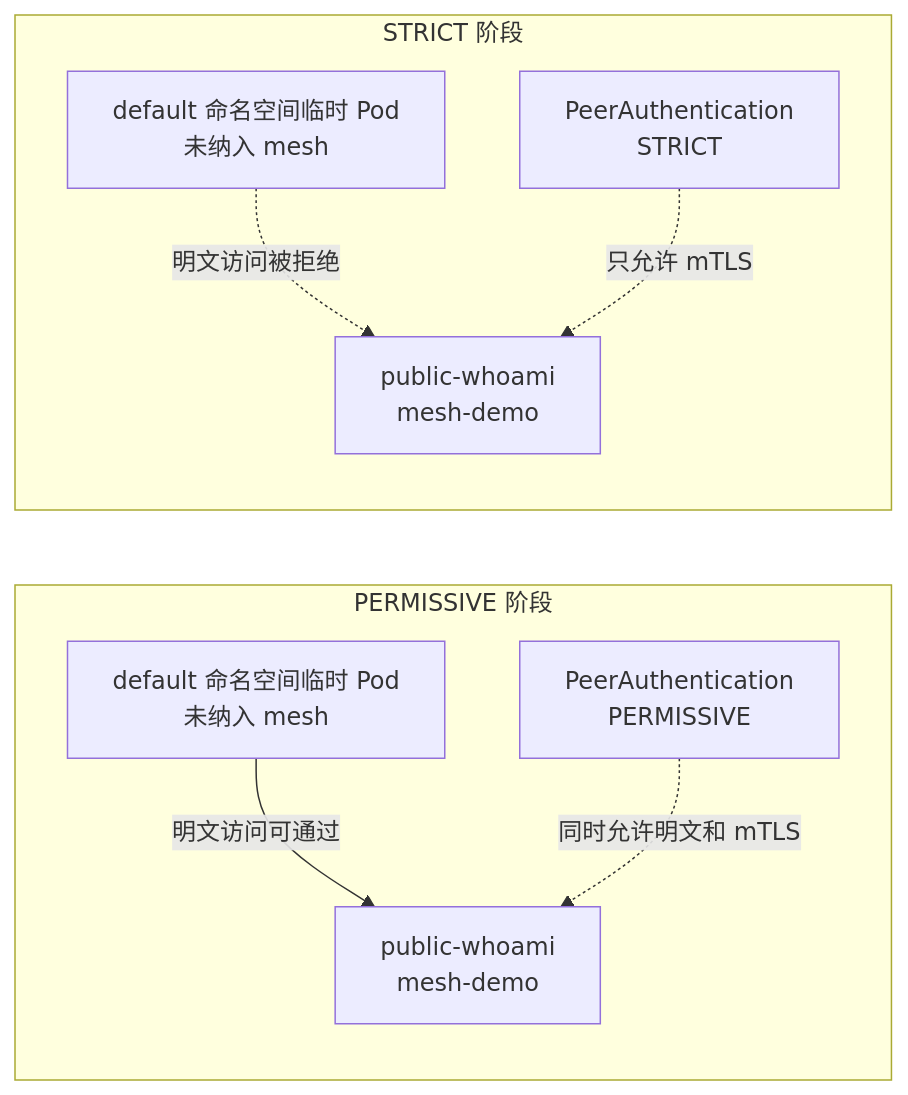
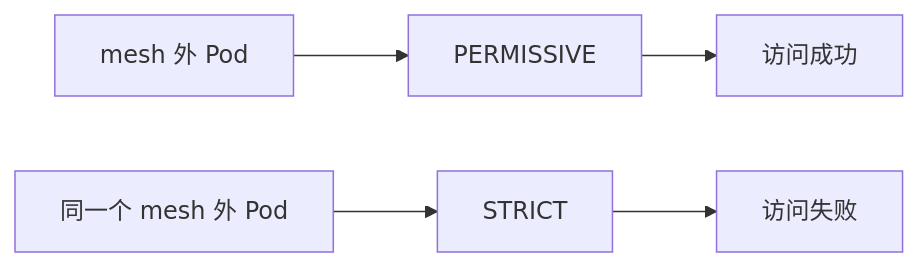
Before and after one commit to hwang-protocol/docker_k8s_2026: the sixth of 7 diagrams in k8s/05-security-and-zero-trust/docs/05_enable_jwt_and_mesh_security.md, drawn with Mermaid. The commit also changed other lines of this file and 1 other file, not shown here.

````diff
--- a/k8s/05-security-and-zero-trust/docs/05_enable_jwt_and_mesh_security.md
+++ b/k8s/05-security-and-zero-trust/docs/05_enable_jwt_and_mesh_security.md
@@ -995,18 +661,7 @@
 ```mermaid
 flowchart LR
-    subgraph permissive[PERMISSIVE 阶段]
-        ext1[default 命名空间临时 Pod<br/>未纳入 mesh]
-        svc1[public-whoami<br/>mesh-demo]
-        mode1[PeerAuthentication<br/>PERMISSIVE]
-        ext1 -->|明文访问可通过| svc1
-        mode1 -. 同时允许明文和 mTLS .-> svc1
-    end
-
-    subgraph strict[STRICT 阶段]
-        ext2[default 命名空间临时 Pod<br/>未纳入 mesh]
-        svc2[public-whoami<br/>mesh-demo]
-        mode2[PeerAuthentication<br/>STRICT]
-        ext2 -. 明文访问被拒绝 .-> svc2
-        mode2 -. 只允许 mTLS .-> svc2
-    end
+    ext1[mesh 外 Pod] --> p1[PERMISSIVE]
+    p1 --> ok[访问成功]
+    ext2[同一个 mesh 外 Pod] --> p2[STRICT]
+    p2 --> deny[访问失败]
 ```
````
